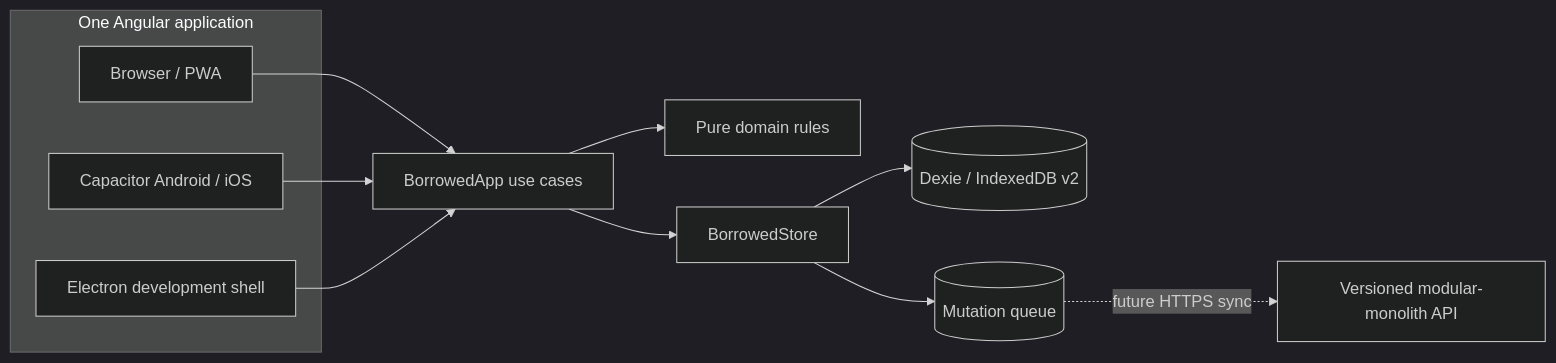
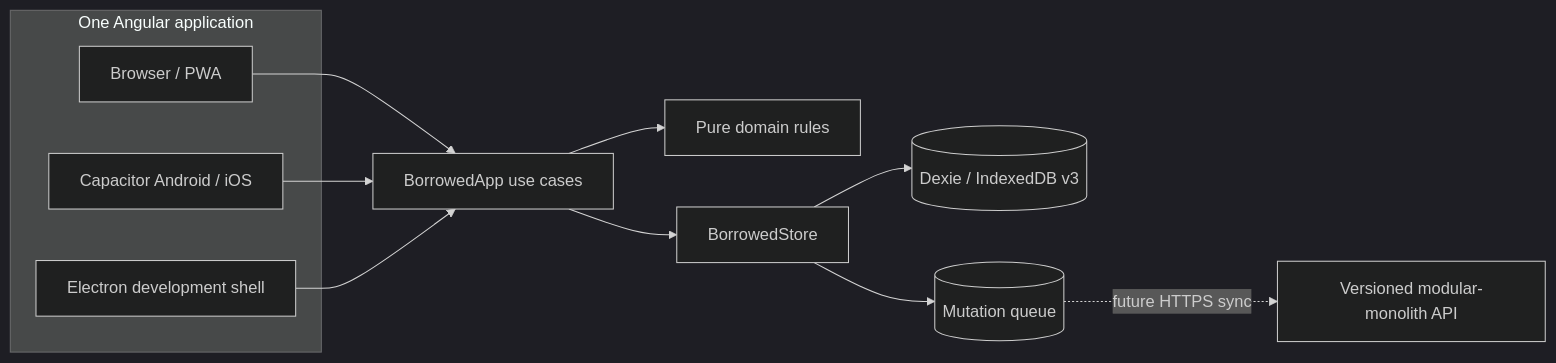
One commit to goleaf/groktest changed the diagram in docs/architecture.md. Above: the diagram before and after it, drawn with Mermaid (dark theme). The commit also changed other lines of this file and 87 other files, not shown here.

````diff
--- a/docs/architecture.md
+++ b/docs/architecture.md
@@ -5,17 +5,17 @@
 ```mermaid
 flowchart LR
   subgraph clients[One Angular application]
     Web[Browser / PWA]
     Native[Capacitor Android / iOS]
     Desktop[Electron development shell]
   end
 
   Web --> App
   Native --> App
   Desktop --> App
   App[BorrowedApp use cases] --> Domain[Pure domain rules]
   App --> Store[BorrowedStore]
-  Store --> IDB[(Dexie / IndexedDB v2)]
+  Store --> IDB[(Dexie / IndexedDB v3)]
   Store --> Queue[(Mutation queue)]
   Queue -. future HTTPS sync .-> API[Versioned modular-monolith API]
 ```
````
